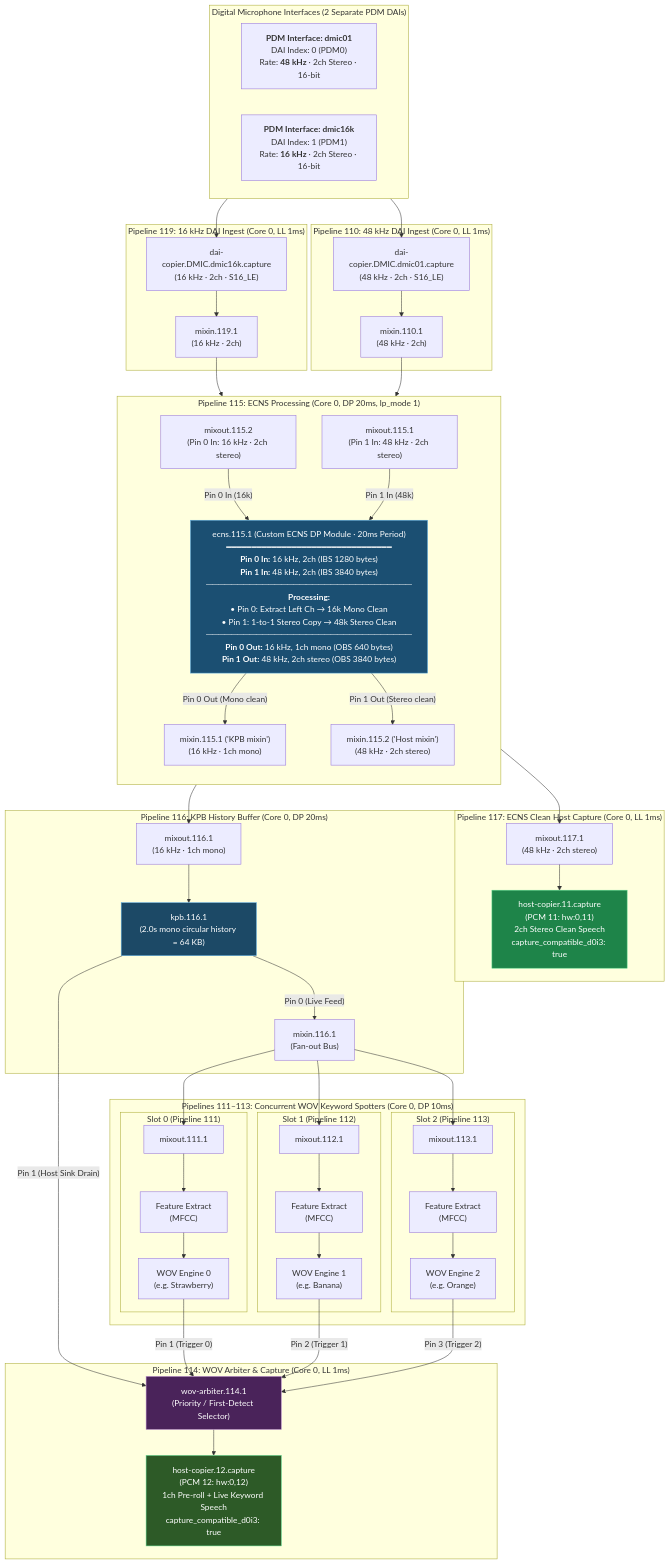
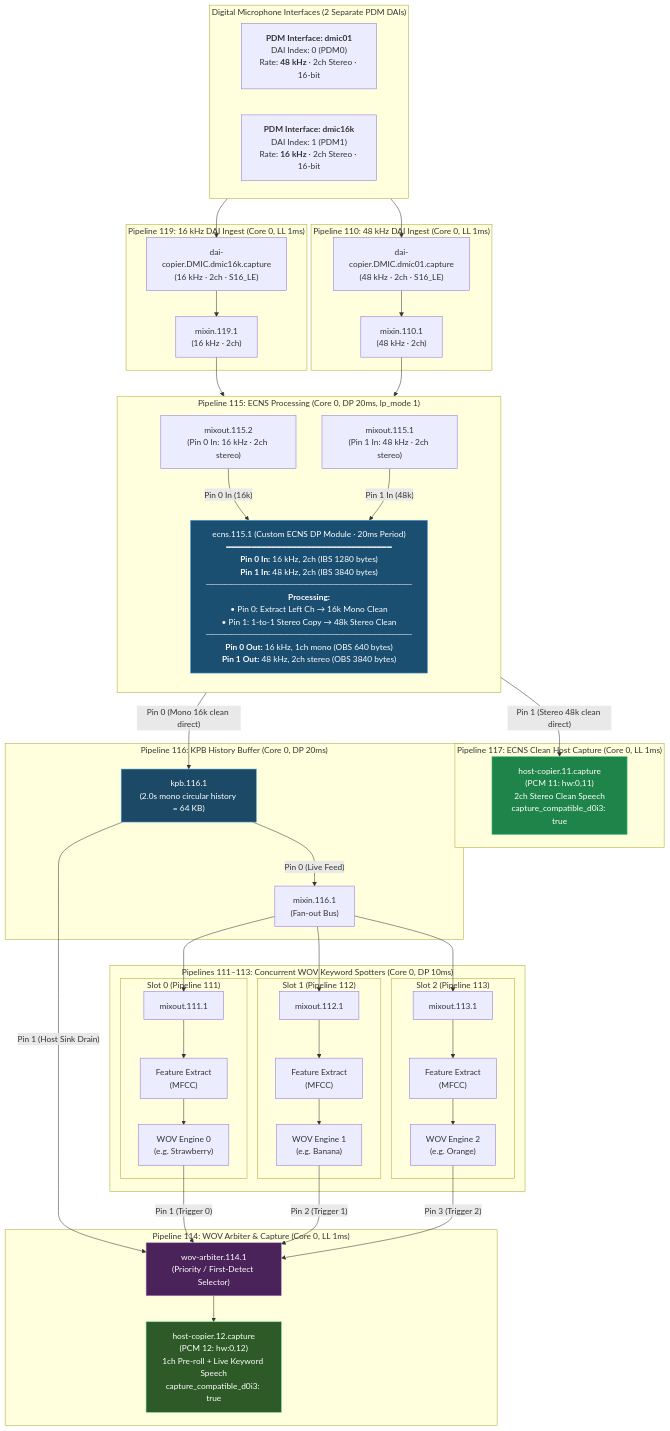
One commit to thesofproject/sof changed the first of 4 diagrams in doc/developer_guides/wov_ecns_integration_guide.md. Above: the diagram before and after it, drawn with Mermaid. The commit also changed 4 other files, not shown here.

First line of the commit message:
doc: update DMIC and WoV architecture Mermaid diagrams across all READMEs

```diff
--- a/doc/developer_guides/wov_ecns_integration_guide.md
+++ b/doc/developer_guides/wov_ecns_integration_guide.md
@@ -60,14 +60,8 @@
 
         ECNS["ecns.115.1 (Custom ECNS DP Module · 20ms Period)<br/>━━━━━━━━━━━━━━━━━━━━━━━━━━━━━━━━━<br/><b>Pin 0 In:</b> 16 kHz, 2ch (IBS 1280 bytes)<br/><b>Pin 1 In:</b> 48 kHz, 2ch (IBS 3840 bytes)<br/>─────────────────────────────────<br/><b>Processing:</b><br/>• Pin 0: Extract Left Ch → 16k Mono Clean<br/>• Pin 1: 1-to-1 Stereo Copy → 48k Stereo Clean<br/>─────────────────────────────────<br/><b>Pin 0 Out:</b> 16 kHz, 1ch mono (OBS 640 bytes)<br/><b>Pin 1 Out:</b> 48 kHz, 2ch stereo (OBS 3840 bytes)"]
 
-        MIXIN_115_1["mixin.115.1 ('KPB mixin')<br/>(16 kHz · 1ch mono)"]
-        MIXIN_115_2["mixin.115.2 ('Host mixin')<br/>(48 kHz · 2ch stereo)"]
-
         MIXOUT_115_2 -->|"Pin 0 In (16k)"| ECNS
         MIXOUT_115_1 -->|"Pin 1 In (48k)"| ECNS
-
-        ECNS -->|"Pin 0 Out (Mono clean)"| MIXIN_115_1
-        ECNS -->|"Pin 1 Out (Stereo clean)"| MIXIN_115_2
     end
 
     MIXIN_119 --> MIXOUT_115_2
@@ -75,23 +69,18 @@
 
     %% Pipeline 117: Host Capture PCM 11
     subgraph P117 ["Pipeline 117: ECNS Clean Host Capture (Core 0, LL 1ms)"]
-        MIXOUT_117["mixout.117.1<br/>(48 kHz · 2ch stereo)"]
         HOST_11["host-copier.11.capture<br/>(PCM 11: hw:0,11)<br/>2ch Stereo Clean Speech<br/>capture_compatible_d0i3: true"]
-        MIXOUT_117 --> HOST_11
     end
-
-    MIXIN_115_2 --> MIXOUT_117
 
     %% Pipeline 116: KPB History Buffer
     subgraph P116 ["Pipeline 116: KPB History Buffer (Core 0, DP 20ms)"]
-        MIXOUT_116["mixout.116.1<br/>(16 kHz · 1ch mono)"]
         KPB["kpb.116.1<br/>(2.0s mono circular history = 64 KB)"]
         MIXIN_116["mixin.116.1<br/>(Fan-out Bus)"]
-        MIXOUT_116 --> KPB
         KPB -->|"Pin 0 (Live Feed)"| MIXIN_116
     end
 
-    MIXIN_115_1 --> MIXOUT_116
+    ECNS -->|"Pin 1 (Stereo 48k clean direct)"| HOST_11
+    ECNS -->|"Pin 0 (Mono 16k clean direct)"| KPB
 
     %% WOV Keyword Spotter Slots
     subgraph WOV_Slots ["Pipelines 111–113: Concurrent WOV Keyword Spotters (Core 0, DP 10ms)"]
```
